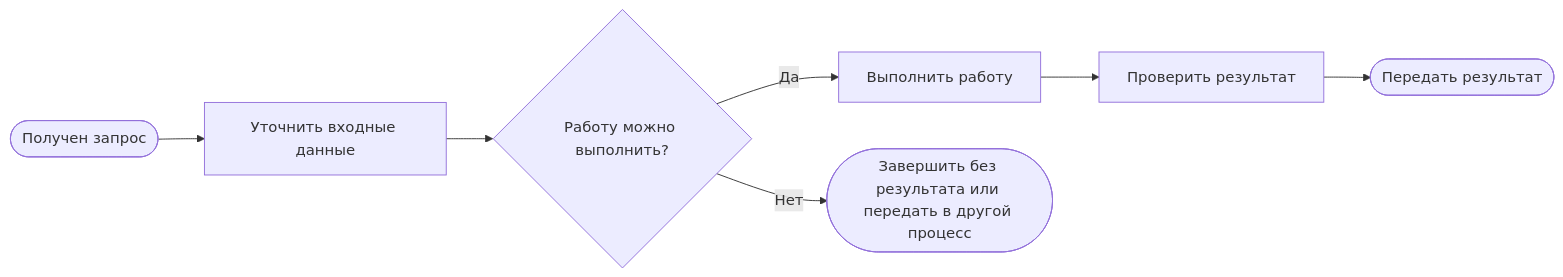
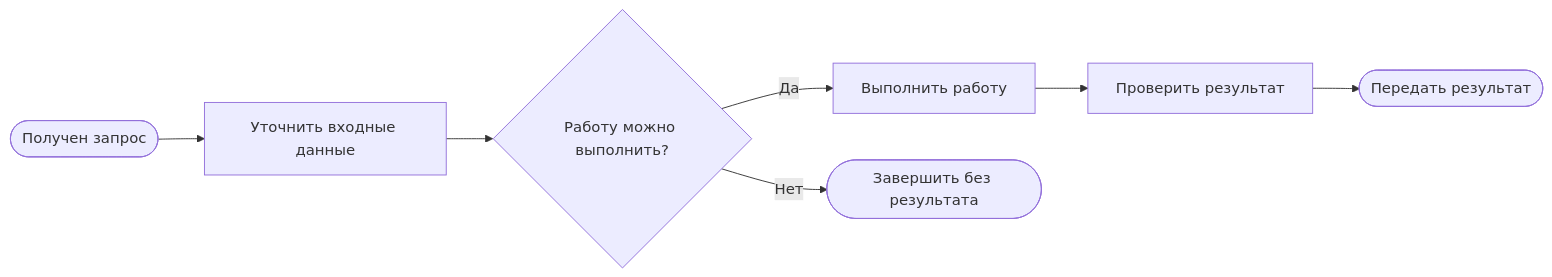
The diagram in templates/process-package/map/process-map.md (dsxx1/business-process-bpmn-kit), drawn with Mermaid before and after one commit. The commit also changed other lines of this file and 160 other files, not shown here.

````diff
--- a/templates/process-package/map/process-map.md
+++ b/templates/process-package/map/process-map.md
@@ -3,9 +3,9 @@
 ```mermaid
 flowchart LR
     A([Получен запрос]) --> B[Уточнить входные данные]
     B --> C{Работу можно выполнить?}
     C -->|Да| D[Выполнить работу]
     D --> E[Проверить результат]
     E --> F([Передать результат])
-    C -->|Нет| G([Завершить без результата или передать в другой процесс])
+    C -->|Нет| G([Завершить без результата])
 ```
````
